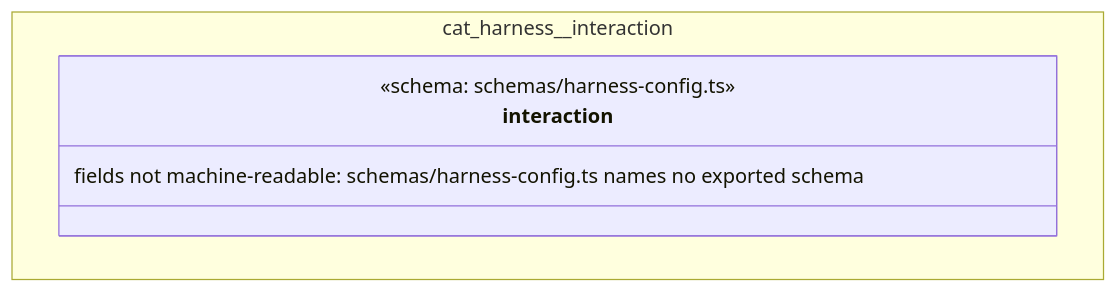
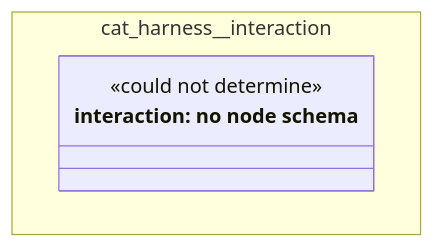
Before and after one commit to litlfred/folio-assistant: the diagram in cat-harness/docs/uml/overview/cat-harness/interaction.md, drawn with Mermaid. The commit also changed other lines of this file and 23 other files, not shown here.

First line of the commit message:
Six gate failures from the new schema module, all consequences rather than surprises

````diff
--- a/cat-harness/docs/uml/overview/cat-harness/interaction.md
+++ b/cat-harness/docs/uml/overview/cat-harness/interaction.md
@@ -41,11 +41,11 @@
 ```mermaid
 classDiagram
   direction TB
   namespace cat_harness__interaction {
-    class cat_harness_interaction_interaction_shape["interaction"] {
-      <<schema: schemas/harness-config.ts>>
-      fields not machine-readable: schemas/harness-config.ts names no exported schema
+    class n_cat_harness_interaction_interaction["interaction: no node schema"] {
+      <<could not determine>>
     }
   }
-  cssClass "cat_harness_interaction_interaction_shape" fa_uml_kind_interaction
+  cssClass "n_cat_harness_interaction_interaction" fa_uml_kind_interaction
+  cssClass "n_cat_harness_interaction_interaction" fa_uml_undetermined
 ```
````
